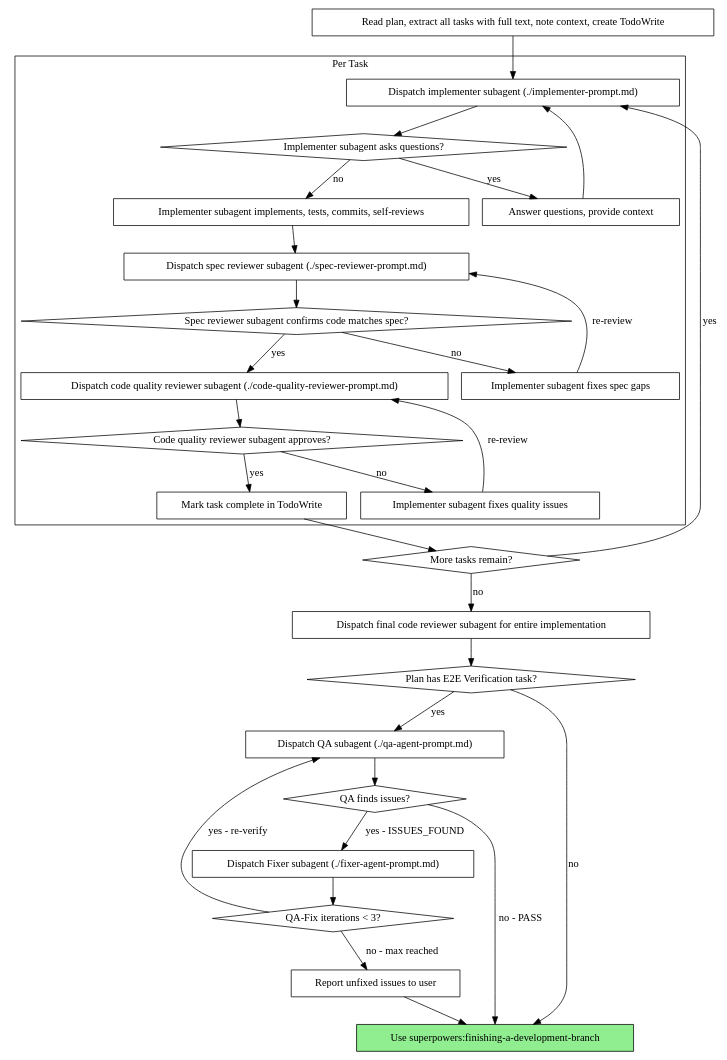
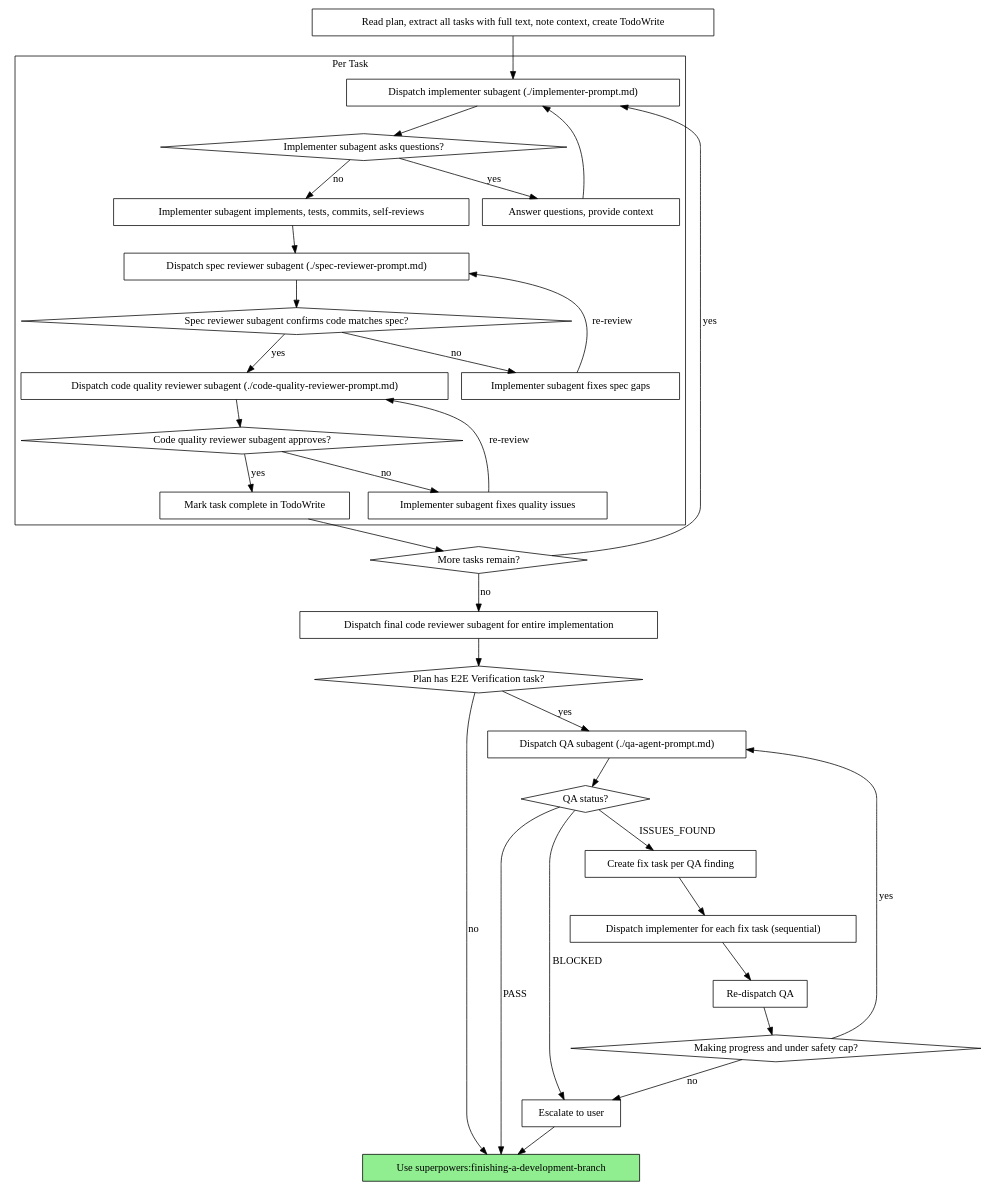
One commit to vmishevski/superpowers changed the second of 2 diagrams in skills/subagent-driven-development/SKILL.md. Above: the diagram before and after it, drawn with Graphviz. The commit also changed other lines of this file, not shown here.

Commit message:
rework e2e verification: remove fixer, route fixes through implementer

````diff
--- a/skills/subagent-driven-development/SKILL.md
+++ b/skills/subagent-driven-development/SKILL.md
@@ -40,59 +40,64 @@
 ```dot
 digraph process {
     rankdir=TB;
 
     subgraph cluster_per_task {
         label="Per Task";
         "Dispatch implementer subagent (./implementer-prompt.md)" [shape=box];
         "Implementer subagent asks questions?" [shape=diamond];
         "Answer questions, provide context" [shape=box];
         "Implementer subagent implements, tests, commits, self-reviews" [shape=box];
         "Dispatch spec reviewer subagent (./spec-reviewer-prompt.md)" [shape=box];
         "Spec reviewer subagent confirms code matches spec?" [shape=diamond];
         "Implementer subagent fixes spec gaps" [shape=box];
         "Dispatch code quality reviewer subagent (./code-quality-reviewer-prompt.md)" [shape=box];
         "Code quality reviewer subagent approves?" [shape=diamond];
         "Implementer subagent fixes quality issues" [shape=box];
         "Mark task complete in TodoWrite" [shape=box];
     }
 
     "Read plan, extract all tasks with full text, note context, create TodoWrite" [shape=box];
     "More tasks remain?" [shape=diamond];
     "Dispatch final code reviewer subagent for entire implementation" [shape=box];
     "Plan has E2E Verification task?" [shape=diamond];
     "Dispatch QA subagent (./qa-agent-prompt.md)" [shape=box];
-    "QA finds issues?" [shape=diamond];
-    "Dispatch Fixer subagent (./fixer-agent-prompt.md)" [shape=box];
-    "QA-Fix iterations < 3?" [shape=diamond];
-    "Report unfixed issues to user" [shape=box];
+    "QA status?" [shape=diamond];
+    "Create fix task per QA finding" [shape=box];
+    "Dispatch implementer for each fix task (sequential)" [shape=box];
+    "Re-dispatch QA" [shape=box];
+    "Making progress and under safety cap?" [shape=diamond];
+    "Escalate to user" [shape=box];
     "Use superpowers:finishing-a-development-branch" [shape=box style=filled fillcolor=lightgreen];
 
     "Read plan, extract all tasks with full text, note context, create TodoWrite" -> "Dispatch implementer subagent (./implementer-prompt.md)";
     "Dispatch implementer subagent (./implementer-prompt.md)" -> "Implementer subagent asks questions?";
     "Implementer subagent asks questions?" -> "Answer questions, provide context" [label="yes"];
     "Answer questions, provide context" -> "Dispatch implementer subagent (./implementer-prompt.md)";
     "Implementer subagent asks questions?" -> "Implementer subagent implements, tests, commits, self-reviews" [label="no"];
     "Implementer subagent implements, tests, commits, self-reviews" -> "Dispatch spec reviewer subagent (./spec-reviewer-prompt.md)";
     "Dispatch spec reviewer subagent (./spec-reviewer-prompt.md)" -> "Spec reviewer subagent confirms code matches spec?";
     "Spec reviewer subagent confirms code matches spec?" -> "Implementer subagent fixes spec gaps" [label="no"];
     "Implementer subagent fixes spec gaps" -> "Dispatch spec reviewer subagent (./spec-reviewer-prompt.md)" [label="re-review"];
     "Spec reviewer subagent confirms code matches spec?" -> "Dispatch code quality reviewer subagent (./code-quality-reviewer-prompt.md)" [label="yes"];
     "Dispatch code quality reviewer subagent (./code-quality-reviewer-prompt.md)" -> "Code quality reviewer subagent approves?";
     "Code quality reviewer subagent approves?" -> "Implementer subagent fixes quality issues" [label="no"];
     "Implementer subagent fixes quality issues" -> "Dispatch code quality reviewer subagent (./code-quality-reviewer-prompt.md)" [label="re-review"];
     "Code quality reviewer subagent approves?" -> "Mark task complete in TodoWrite" [label="yes"];
     "Mark task complete in TodoWrite" -> "More tasks remain?";
     "More tasks remain?" -> "Dispatch implementer subagent (./implementer-prompt.md)" [label="yes"];
     "More tasks remain?" -> "Dispatch final code reviewer subagent for entire implementation" [label="no"];
     "Dispatch final code reviewer subagent for entire implementation" -> "Plan has E2E Verification task?";
     "Plan has E2E Verification task?" -> "Dispatch QA subagent (./qa-agent-prompt.md)" [label="yes"];
     "Plan has E2E Verification task?" -> "Use superpowers:finishing-a-development-branch" [label="no"];
-    "Dispatch QA subagent (./qa-agent-prompt.md)" -> "QA finds issues?";
-    "QA finds issues?" -> "Use superpowers:finishing-a-development-branch" [label="no - PASS"];
-    "QA finds issues?" -> "Dispatch Fixer subagent (./fixer-agent-prompt.md)" [label="yes - ISSUES_FOUND"];
-    "Dispatch Fixer subagent (./fixer-agent-prompt.md)" -> "QA-Fix iterations < 3?";
-    "QA-Fix iterations < 3?" -> "Dispatch QA subagent (./qa-agent-prompt.md)" [label="yes - re-verify"];
-    "QA-Fix iterations < 3?" -> "Report unfixed issues to user" [label="no - max reached"];
-    "Report unfixed issues to user" -> "Use superpowers:finishing-a-development-branch";
+    "Dispatch QA subagent (./qa-agent-prompt.md)" -> "QA status?";
+    "QA status?" -> "Use superpowers:finishing-a-development-branch" [label="PASS"];
+    "QA status?" -> "Create fix task per QA finding" [label="ISSUES_FOUND"];
+    "QA status?" -> "Escalate to user" [label="BLOCKED"];
+    "Create fix task per QA finding" -> "Dispatch implementer for each fix task (sequential)";
+    "Dispatch implementer for each fix task (sequential)" -> "Re-dispatch QA";
+    "Re-dispatch QA" -> "Making progress and under safety cap?";
+    "Making progress and under safety cap?" -> "Dispatch QA subagent (./qa-agent-prompt.md)" [label="yes"];
+    "Making progress and under safety cap?" -> "Escalate to user" [label="no"];
+    "Escalate to user" -> "Use superpowers:finishing-a-development-branch";
 }
 ```
````
